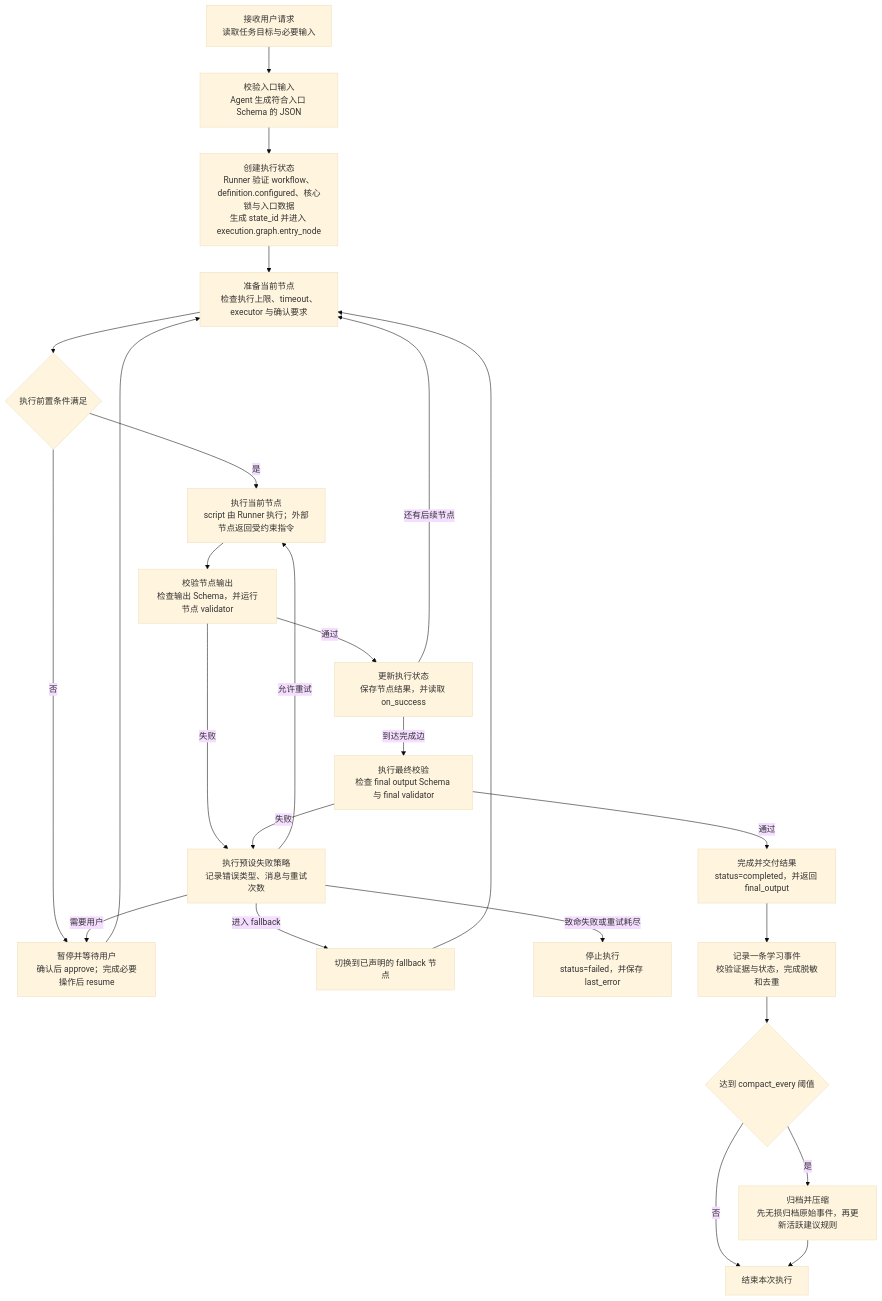
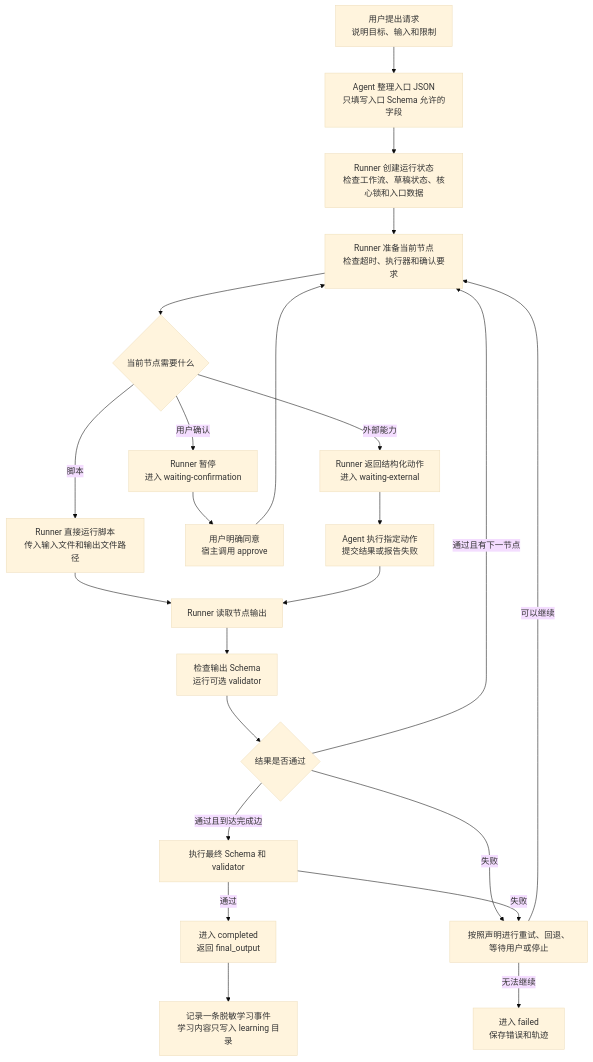
Before and after one commit to AIALRA-0/AIALRA-SKILL-TEMPLATE: the diagram in docs/architecture.md, drawn with Mermaid (base theme). The commit also changed other lines of this file and 19 other files, not shown here.

````diff
--- a/docs/architecture.md
+++ b/docs/architecture.md
@@ -55,27 +60,25 @@
 ```mermaid
 flowchart TD
-    A["接收用户请求<br/>读取任务目标与必要输入"] --> B["校验入口输入<br/>Agent 生成符合入口 Schema 的 JSON"]
-    B --> C["创建执行状态<br/>Runner 验证 workflow、definition.configured、核心锁与入口数据<br/>生成 state_id 并进入 execution.graph.entry_node"]
-    C --> D["准备当前节点<br/>检查执行上限、timeout、executor 与确认要求"]
-    D --> P{"执行前置条件满足"}
-    P -- "否" --> W["暂停并等待用户<br/>确认后 approve；完成必要操作后 resume"]
-    W --> D
-    P -- "是" --> E["执行当前节点<br/>script 由 Runner 执行；外部节点返回受约束指令"]
-    E --> F["校验节点输出<br/>检查输出 Schema，并运行节点 validator"]
-    F -- "通过" --> G["更新执行状态<br/>保存节点结果，并读取 on_success"]
-    F -- "失败" --> H["执行预设失败策略<br/>记录错误类型、消息与重试次数"]
-    H -- "允许重试" --> E
-    H -- "需要用户" --> W
-    H -- "进入 fallback" --> R["切换到已声明的 fallback 节点"]
-    R --> D
-    H -- "致命失败或重试耗尽" --> X["停止执行<br/>status=failed，并保存 last_error"]
-    G -- "还有后续节点" --> D
-    G -- "到达完成边" --> I["执行最终校验<br/>检查 final output Schema 与 final validator"]
-    I -- "失败" --> H
-    I -- "通过" --> J["完成并交付结果<br/>status=completed，并返回 final_output"]
-    J --> K["记录一条学习事件<br/>校验证据与状态，完成脱敏和去重"]
-    K --> L{"达到 compact_every 阈值"}
-    L -- "否" --> M["结束本次执行"]
-    L -- "是" --> N["归档并压缩<br/>先无损归档原始事件，再更新活跃建议规则"]
-    N --> M
+    A["用户提出请求<br/>说明目标、输入和限制"] --> B["Agent 整理入口 JSON<br/>只填写入口 Schema 允许的字段"]
+    B --> C["Runner 创建运行状态<br/>检查工作流、草稿状态、核心锁和入口数据"]
+    C --> D["Runner 准备当前节点<br/>检查超时、执行器和确认要求"]
+    D --> E{"当前节点需要什么"}
+    E -- "脚本" --> F["Runner 直接运行脚本<br/>传入输入文件和输出文件路径"]
+    E -- "外部能力" --> G["Runner 返回结构化动作<br/>进入 waiting-external"]
+    E -- "用户确认" --> H["Runner 暂停<br/>进入 waiting-confirmation"]
+    H --> I["用户明确同意<br/>宿主调用 approve"]
+    I --> D
+    G --> J["Agent 执行指定动作<br/>提交结果或报告失败"]
+    F --> K["Runner 读取节点输出"]
+    J --> K
+    K --> L["检查输出 Schema<br/>运行可选 validator"]
+    L --> M{"结果是否通过"}
+    M -- "通过且有下一节点" --> D
+    M -- "通过且到达完成边" --> N["执行最终 Schema 和 validator"]
+    M -- "失败" --> O["按照声明进行重试、回退、等待用户或停止"]
+    O -- "可以继续" --> D
+    O -- "无法继续" --> P["进入 failed<br/>保存错误和轨迹"]
+    N -- "通过" --> Q["进入 completed<br/>返回 final_output"]
+    N -- "失败" --> O
+    Q --> R["记录一条脱敏学习事件<br/>学习内容只写入 learning 目录"]
 ```
````
